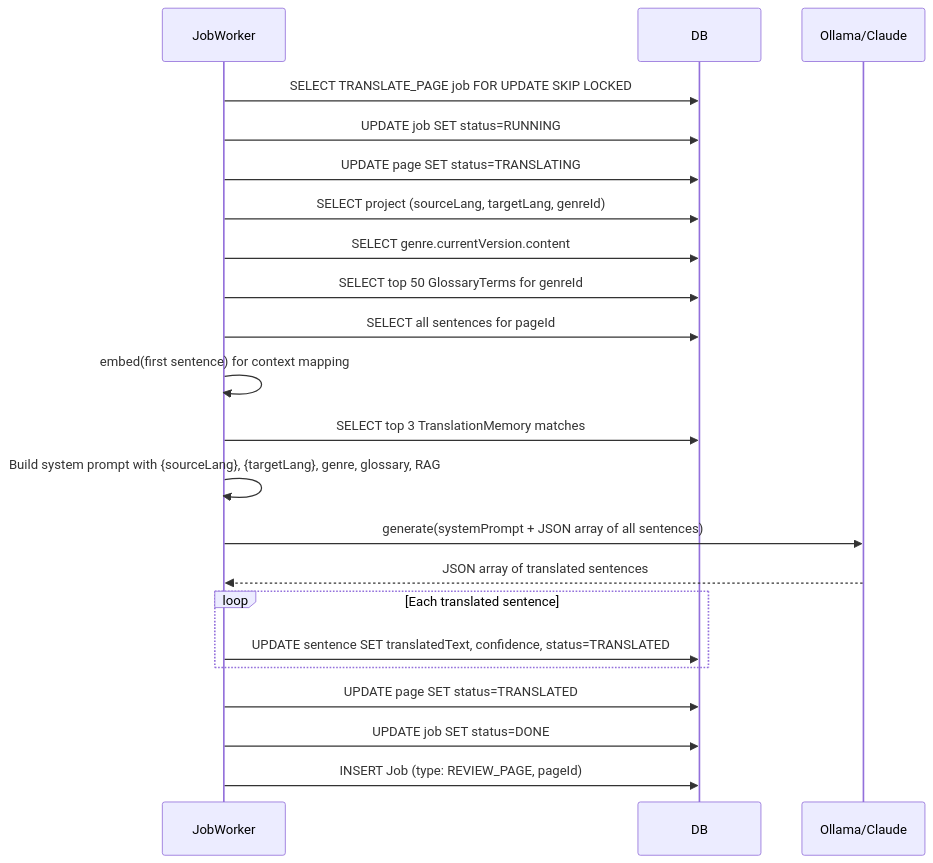
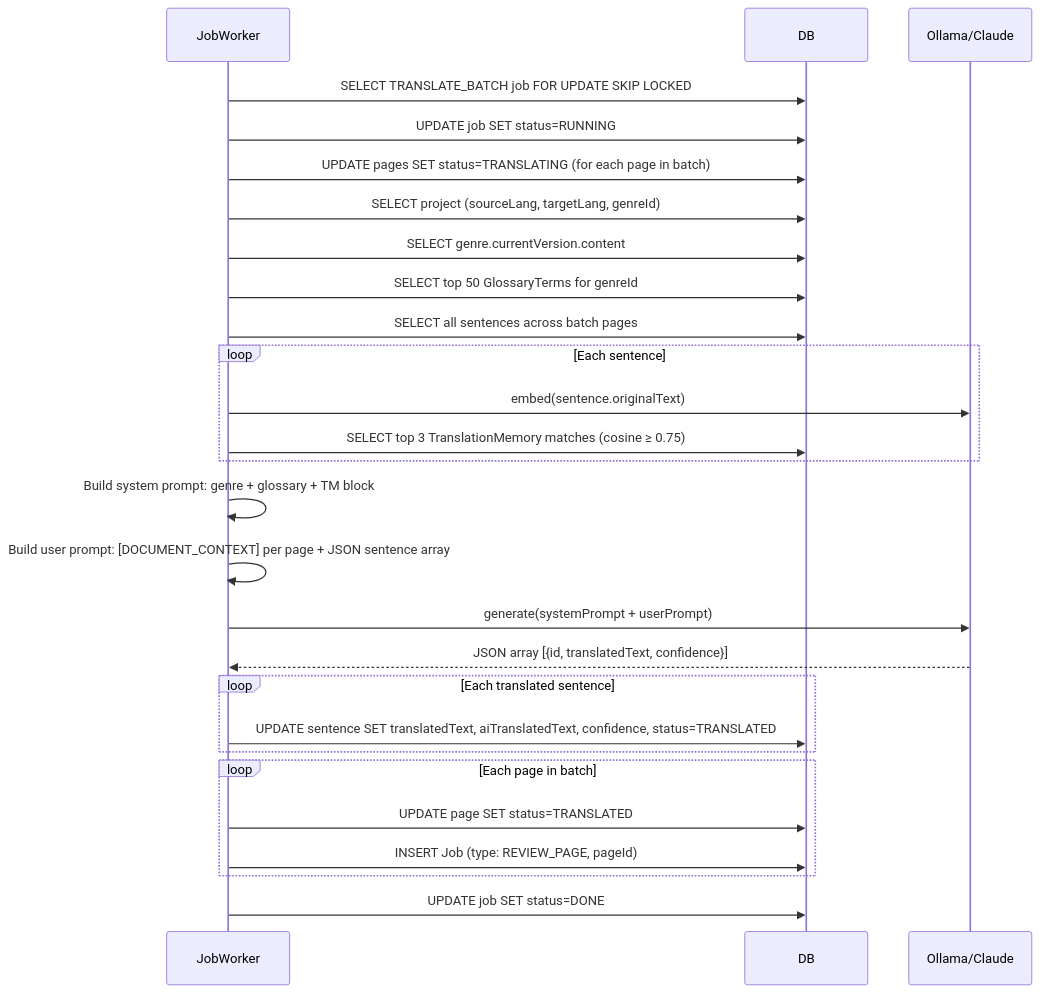
Before and after one commit to ArulRozario/tAi: the seventh of 32 diagrams in .spec/08-sequences.md, drawn with Mermaid. The commit also changed other lines of this file and 195 other files, not shown here.

````diff
--- a/.spec/08-sequences.md
+++ b/.spec/08-sequences.md
@@ -159,28 +187,34 @@
 ```mermaid
 sequenceDiagram
     participant Worker as JobWorker
     participant DB
     participant LLM as Ollama/Claude
 
-    Worker->>DB: SELECT TRANSLATE_PAGE job FOR UPDATE SKIP LOCKED
+    Worker->>DB: SELECT TRANSLATE_BATCH job FOR UPDATE SKIP LOCKED
     Worker->>DB: UPDATE job SET status=RUNNING
-    Worker->>DB: UPDATE page SET status=TRANSLATING
+    Worker->>DB: UPDATE pages SET status=TRANSLATING (for each page in batch)
     Worker->>DB: SELECT project (sourceLang, targetLang, genreId)
     Worker->>DB: SELECT genre.currentVersion.content
     Worker->>DB: SELECT top 50 GlossaryTerms for genreId
+    Worker->>DB: SELECT all sentences across batch pages
 
-    Worker->>DB: SELECT all sentences for pageId
-    Worker->>Worker: embed(first sentence) for context mapping
-    Worker->>DB: SELECT top 3 TranslationMemory matches
-    Worker->>Worker: Build system prompt with {sourceLang}, {targetLang}, genre, glossary, RAG
-    Worker->>LLM: generate(systemPrompt + JSON array of all sentences)
-    LLM-->>Worker: JSON array of translated sentences
-    
-    loop Each translated sentence
-        Worker->>DB: UPDATE sentence SET translatedText, confidence, status=TRANSLATED
+    loop Each sentence
+        Worker->>LLM: embed(sentence.originalText)
+        Worker->>DB: SELECT top 3 TranslationMemory matches (cosine ≥ 0.75)
     end
 
-    Worker->>DB: UPDATE page SET status=TRANSLATED
+    Worker->>Worker: Build system prompt: genre + glossary + TM block
+    Worker->>Worker: Build user prompt: [DOCUMENT_CONTEXT] per page + JSON sentence array
+    Worker->>LLM: generate(systemPrompt + userPrompt)
+    LLM-->>Worker: JSON array [{id, translatedText, confidence}]
+
+    loop Each translated sentence
+        Worker->>DB: UPDATE sentence SET translatedText, aiTranslatedText, confidence, status=TRANSLATED
+    end
+
+    loop Each page in batch
+        Worker->>DB: UPDATE page SET status=TRANSLATED
+        Worker->>DB: INSERT Job (type: REVIEW_PAGE, pageId)
+    end
     Worker->>DB: UPDATE job SET status=DONE
-    Worker->>DB: INSERT Job (type: REVIEW_PAGE, pageId)
 ```
````
